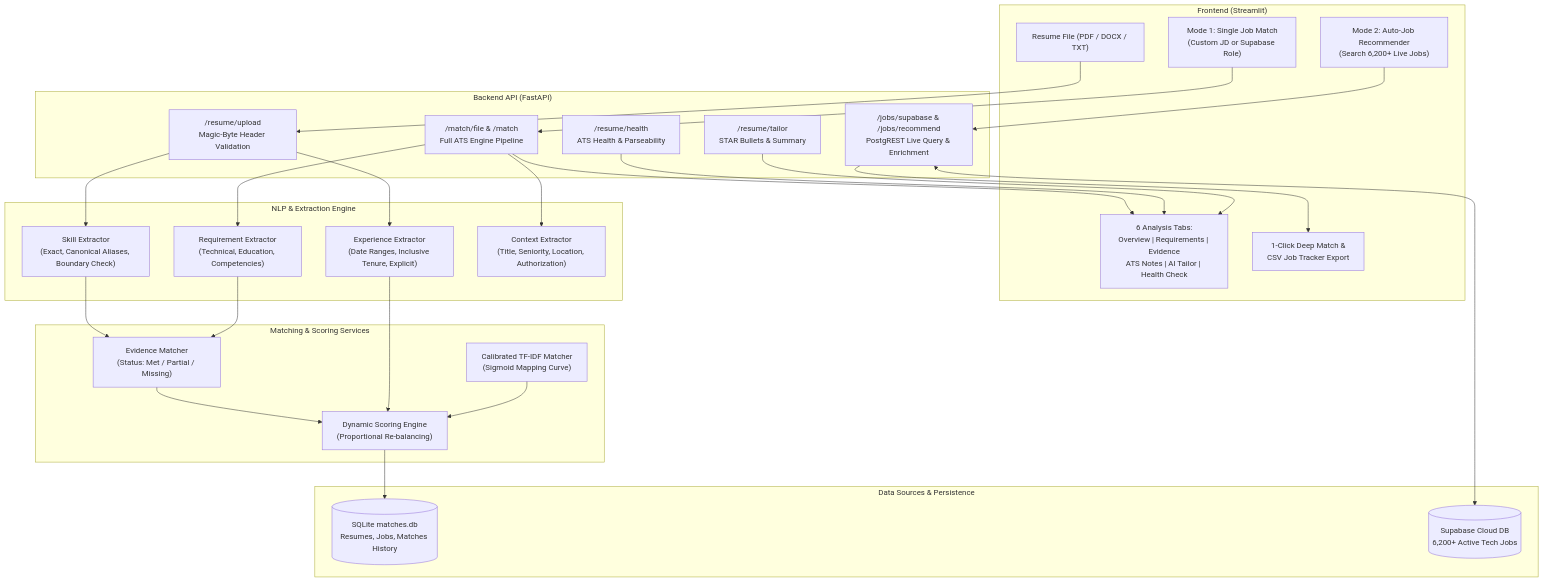
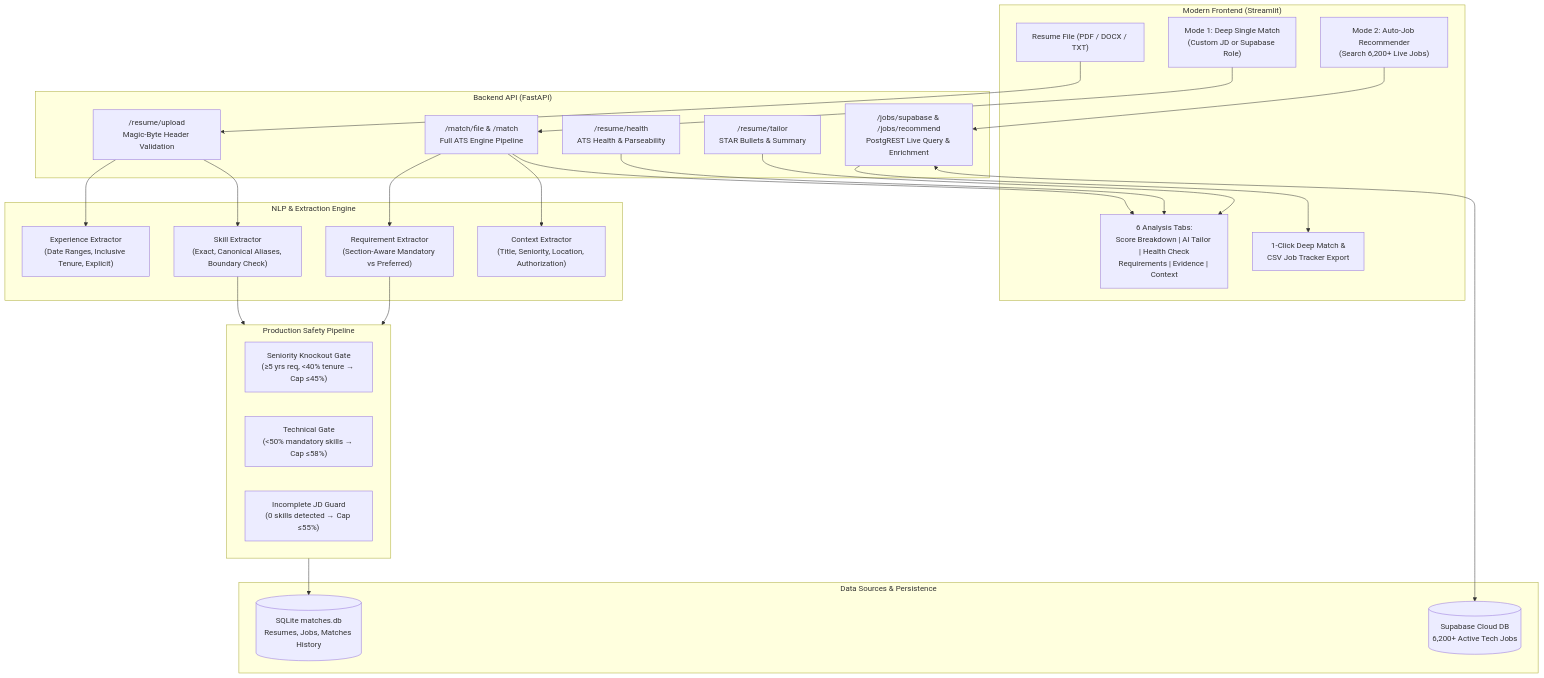
Before and after one commit to Pravink1005/ATS-Resume-Job-Matcher: the diagram in README.md, drawn with Mermaid. The commit also changed other lines of this file and 3 other files, not shown here.

Commit message:
docs: enrich README with modern dark-mode diagrams, production knockout gates, emojis, and full explainability details

````diff
--- a/README.md
+++ b/README.md
@@ -238,53 +288,51 @@
 ```mermaid
 flowchart TD
-    subgraph UI ["Frontend (Streamlit)"]
+    subgraph UI ["Modern Frontend (Streamlit)"]
         A["Resume File (PDF / DOCX / TXT)"]
-        B1["Mode 1: Single Job Match\n(Custom JD or Supabase Role)"]
+        B1["Mode 1: Deep Single Match\n(Custom JD or Supabase Role)"]
         B2["Mode 2: Auto-Job Recommender\n(Search 6,200+ Live Jobs)"]
-        UI_Tabs["6 Analysis Tabs:\nOverview | Requirements | Evidence\nATS Notes | AI Tailor | Health Check"]
+        UI_Tabs["6 Analysis Tabs:\nScore Breakdown | AI Tailor | Health Check\nRequirements | Evidence | Context"]
         UI_CSV["1-Click Deep Match &\nCSV Job Tracker Export"]
     end
 
     subgraph API ["Backend API (FastAPI)"]
         R_Upload["/resume/upload\nMagic-Byte Header Validation"]
         R_Match["/match/file & /match\nFull ATS Engine Pipeline"]
         R_Health["/resume/health\nATS Health & Parseability"]
         R_Tailor["/resume/tailor\nSTAR Bullets & Summary"]
         R_Supa["/jobs/supabase & /jobs/recommend\nPostgREST Live Query & Enrichment"]
     end
 
     subgraph NLP ["NLP & Extraction Engine"]
         N_Exp["Experience Extractor\n(Date Ranges, Inclusive Tenure, Explicit)"]
         N_Skill["Skill Extractor\n(Exact, Canonical Aliases, Boundary Check)"]
-        N_Req["Requirement Extractor\n(Technical, Education, Competencies)"]
+        N_Req["Requirement Extractor\n(Section-Aware Mandatory vs Preferred)"]
         N_Cont["Context Extractor\n(Title, Seniority, Location, Authorization)"]
     end
 
-    subgraph MatchEngine ["Matching & Scoring Services"]
-        M_Evid["Evidence Matcher\n(Status: Met / Partial / Missing)"]
-        M_Score["Dynamic Scoring Engine\n(Proportional Re-balancing)"]
-        M_Tfidf["Calibrated TF-IDF Matcher\n(Sigmoid Mapping Curve)"]
+    subgraph Gates ["Production Safety Pipeline"]
+        G_Sen["Seniority Knockout Gate\n(≥5 yrs req, <40% tenure → Cap ≤45%)"]
+        G_Tech["Technical Gate\n(<50% mandatory skills → Cap ≤58%)"]
+        G_Inc["Incomplete JD Guard\n(0 skills detected → Cap ≤55%)"]
     end
 
     subgraph Storage ["Data Sources & Persistence"]
         DB_Local[("SQLite matches.db\nResumes, Jobs, Matches History")]
         DB_Supa[("Supabase Cloud DB\n6,200+ Active Tech Jobs")]
     end
 
     A --> R_Upload
     B1 --> R_Match
     B2 --> R_Supa
     R_Supa <--> DB_Supa
 
     R_Upload --> N_Exp & N_Skill
     R_Match --> N_Req & N_Cont
-    N_Skill & N_Req --> M_Evid
-    M_Evid & N_Exp --> M_Score
-    M_Tfidf --> M_Score
-    M_Score --> DB_Local
+    N_Skill & N_Req --> Gates
+    Gates --> DB_Local
 
     R_Match --> UI_Tabs
     R_Health --> UI_Tabs
     R_Tailor --> UI_Tabs
     R_Supa --> UI_CSV
 ```
````
